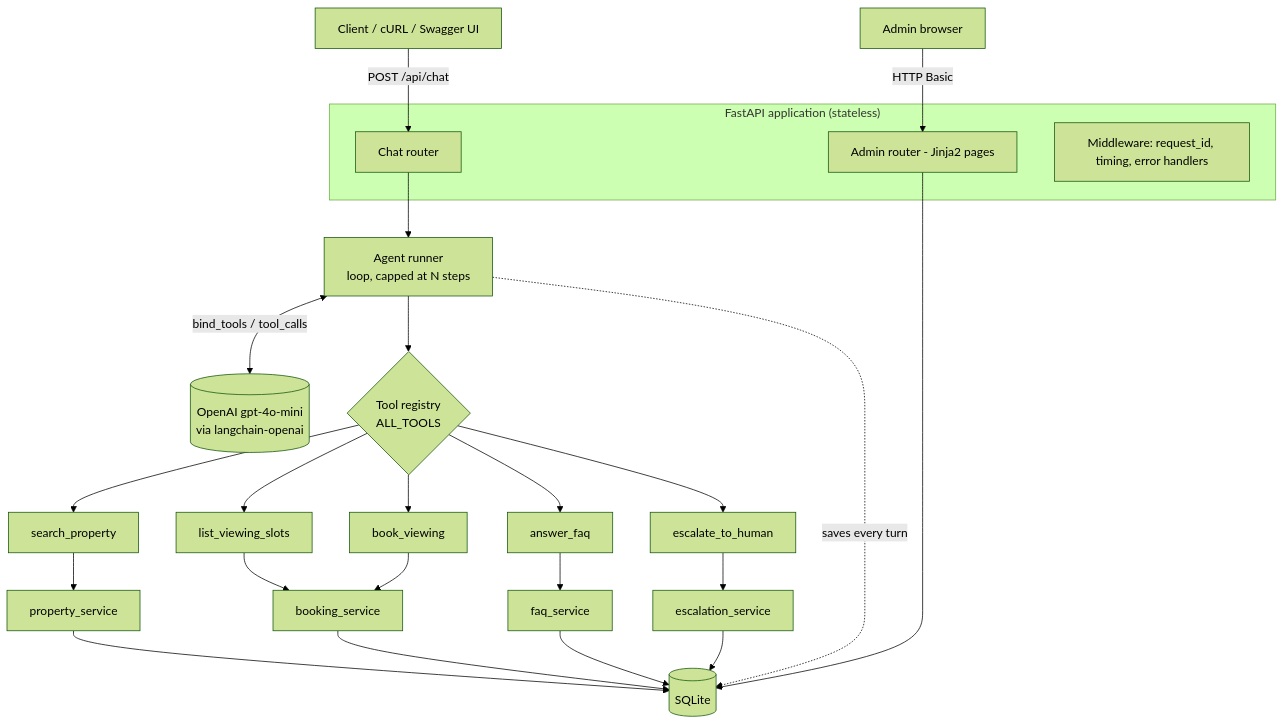
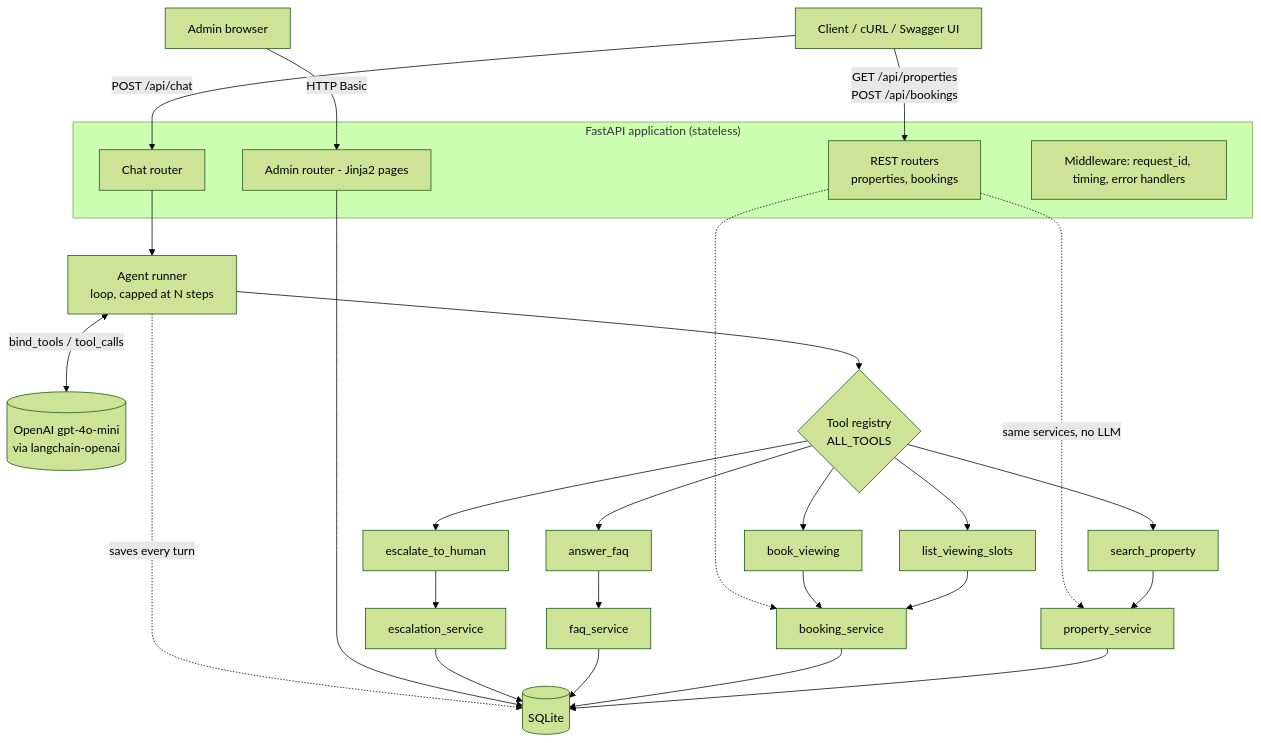
One commit to magicwarms/evdekimi-takehome-assignment changed the diagram in docs/ARCHITECTURE.md. Above: the diagram before and after it, drawn with Mermaid (forest theme). The commit also changed other lines of this file and 8 other files, not shown here.

````diff
--- a/docs/ARCHITECTURE.md
+++ b/docs/ARCHITECTURE.md
@@ -15,35 +15,40 @@
 ```mermaid
 flowchart TD
     U[Client / cURL / Swagger UI] -->|POST /api/chat| API
+    U -->|GET /api/properties<br/>POST /api/bookings| REST
     ADM[Admin browser] -->|HTTP Basic| ADMIN
 
     subgraph FASTAPI["FastAPI application (stateless)"]
         MW[Middleware: request_id, timing, error handlers]
         API[Chat router]
+        REST[REST routers<br/>properties, bookings]
         ADMIN[Admin router - Jinja2 pages]
     end
 
     API --> RUN[Agent runner<br/>loop, capped at N steps]
     RUN <-->|bind_tools / tool_calls| LLM[(OpenAI gpt-4o-mini<br/>via langchain-openai)]
 
     RUN --> REG{Tool registry<br/>ALL_TOOLS}
     REG --> T1[search_property]
     REG --> T2[list_viewing_slots]
     REG --> T3[book_viewing]
     REG --> T4[answer_faq]
     REG --> T5[escalate_to_human]
 
     T1 --> S1[property_service]
     T2 --> S2[booking_service]
     T3 --> S2
     T4 --> S3[faq_service]
     T5 --> S4[escalation_service]
 
+    REST -.same services, no LLM.-> S1
+    REST -.-> S2
+
     S1 --> DB[(SQLite)]
     S2 --> DB
     S3 --> DB
     S4 --> DB
 
     ADMIN --> DB
     RUN -.saves every turn.-> DB
 ```
````
